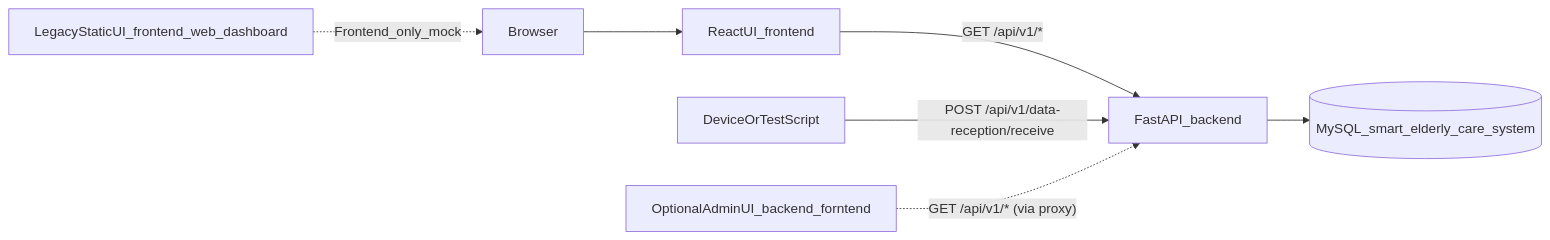
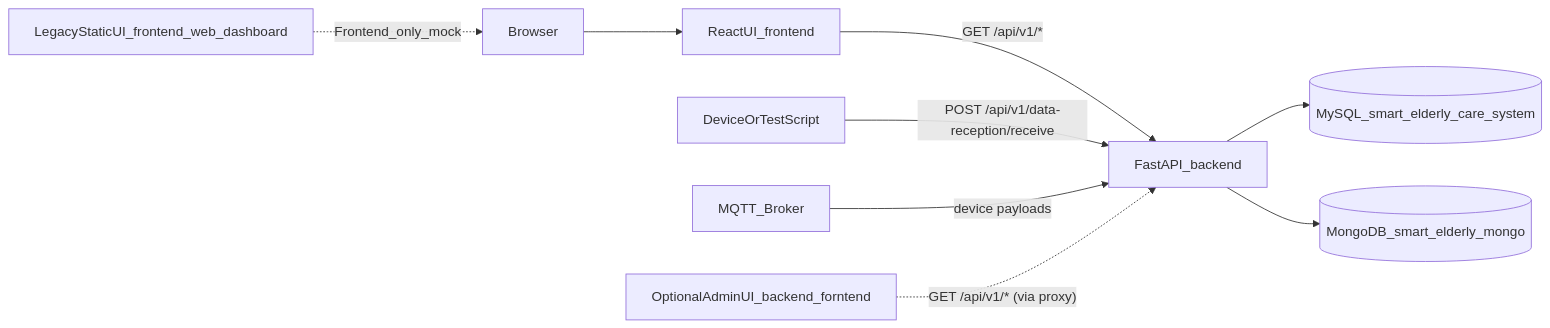
Before and after one commit to Triplenone/AIST-Final-Year-Project: the first of 3 diagrams in docs/ARCHITECTURE.md, drawn with Mermaid. The commit also changed other lines of this file, not shown here.

Commit message:
docs(architecture): 标记 Slice A-D backend 已实现 — final report alignment

````diff
--- a/docs/ARCHITECTURE.md
+++ b/docs/ARCHITECTURE.md
@@ -9,10 +9,12 @@
 ```mermaid
 flowchart LR
   Browser[Browser] --> ReactUI[ReactUI_frontend]
   ReactUI -->|"GET /api/v1/*"| FastAPI[FastAPI_backend]
   DeviceOrScript[DeviceOrTestScript] -->|"POST /api/v1/data-reception/receive"| FastAPI
   FastAPI --> MySQL[(MySQL_smart_elderly_care_system)]
+  FastAPI --> MongoDB[(MongoDB_smart_elderly_mongo)]
+  MQTT[MQTT_Broker] -->|"device payloads"| FastAPI
 
   AdminUI[OptionalAdminUI_backend_forntend] -.->|"GET /api/v1/* (via proxy)"| FastAPI
   LegacyUI[LegacyStaticUI_frontend_web_dashboard] -.->|"Frontend_only_mock"| Browser
 ```
````
